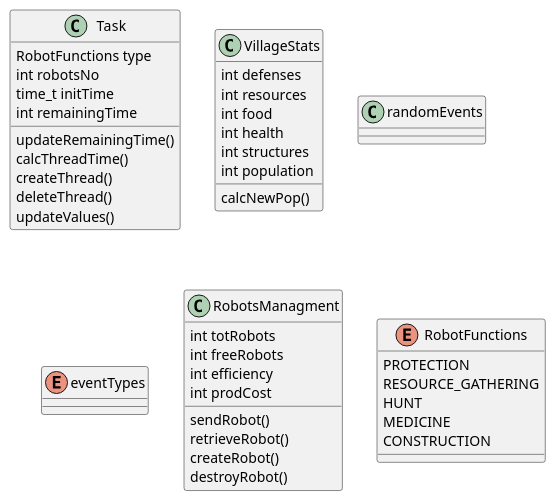
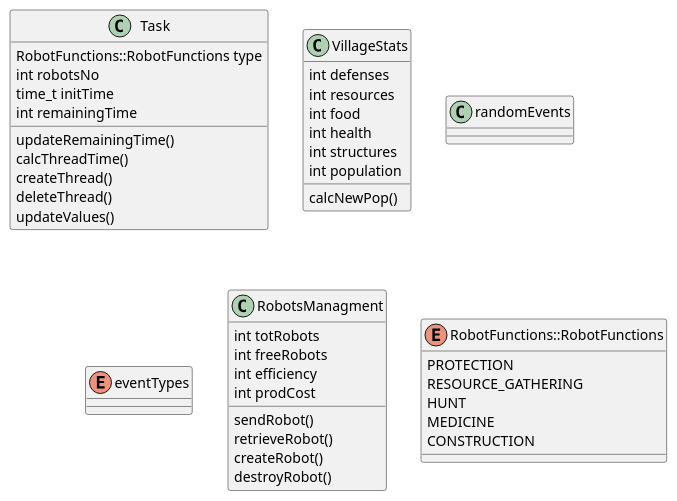
Before and after one commit to AraujoVE/OSRobotsGame: the diagram in extras/uml.wsd, drawn with PlantUML. The commit also changed 30 other files, not shown here.

```diff
--- a/extras/uml.wsd
+++ b/extras/uml.wsd
@@ -1,49 +1,49 @@
 @startuml
 
 class Task{
-    RobotFunctions type
+    RobotFunctions::RobotFunctions type
     int robotsNo
     time_t initTime
     int remainingTime
 
     updateRemainingTime()
     calcThreadTime()
     createThread()
     deleteThread()
     updateValues()
 }
 class VillageStats{
     int defenses
     int resources
     int food     
     int health
     int structures
     int population
 
     calcNewPop()
 }
 class randomEvents{
 
 }
 enum eventTypes{
 
 }
 class RobotsManagment{
     int totRobots
     int freeRobots
     int efficiency
     int prodCost
 
     sendRobot()
     retrieveRobot()
     createRobot()
     destroyRobot()
 }
-enum RobotFunctions{
+enum RobotFunctions::RobotFunctions{
     PROTECTION
     RESOURCE_GATHERING
     HUNT
     MEDICINE
     CONSTRUCTION
 }
 @enduml
```
